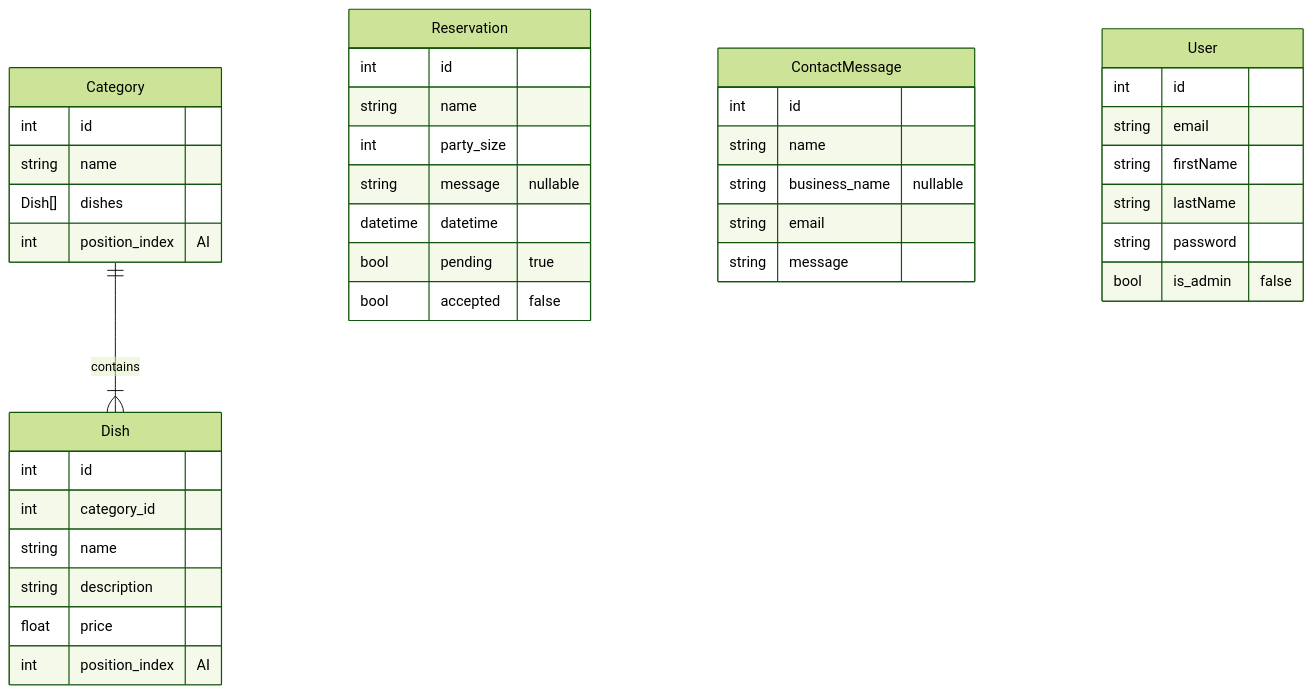
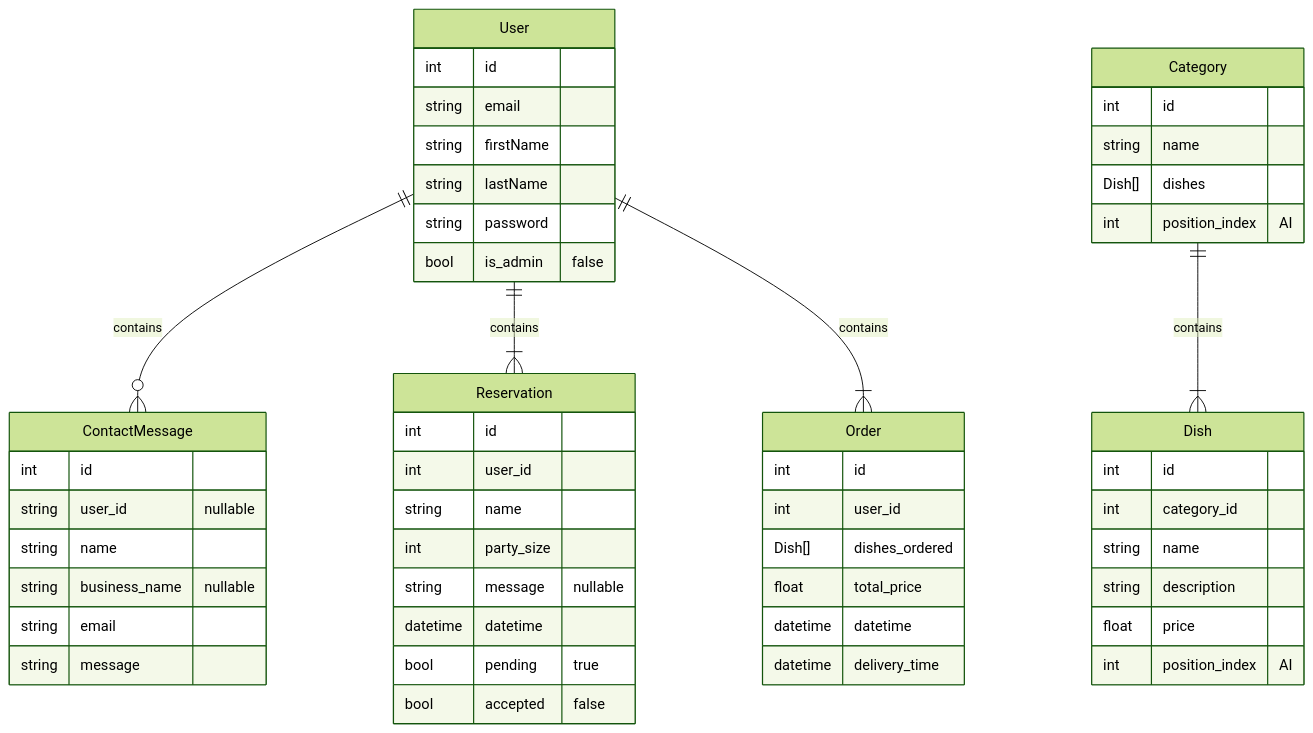
Before and after one commit to Rutger505/cafe-pronk-backend: the diagram in docs/sdd.md, drawn with Mermaid (forest theme). The commit also changed other lines of this file, not shown here.

Commit message:
Draw some idea's. User has reservations and orders and possibly contact message, user can see their name,email, if their admin and change their name, email, password. Users can see their orders, reservations, contact messages. User can delete own account.

````diff
--- a/docs/sdd.md
+++ b/docs/sdd.md
@@ -7,47 +7,62 @@
 ```mermaid
 erDiagram
-    Dish {
+    User {
         int id
-        int category_id
+        string email
+        string firstName
+        string lastName
+        string password
+        bool is_admin "false"
+    }
+    
+    User ||--o{ ContactMessage: contains
+    User ||--|{ Reservation: contains
+    User ||--|{ Order: contains
+
+    ContactMessage {
+        int id
+        string user_id "nullable"
         string name
-        string description
-        float price
-        int position_index "AI"
+        string business_name "nullable"
+        string email
+        string message
+    }
+
+    Reservation {
+        int id
+        int user_id 
+        string name
+        int party_size
+        string message "nullable"
+        datetime datetime
+        bool pending "true"
+        bool accepted "false"
+    }
+    
+    Order {
+        int id
+        int user_id
+        Dish[] dishes_ordered
+        float total_price
+        datetime datetime
+        datetime delivery_time
     }
 
     Category {
         int id
         string name
         Dish[] dishes
         int position_index "AI"
     }
 
     Category ||--|{ Dish: contains
-
-    Reservation {
+ 
+    Dish {
         int id
+        int category_id
         string name
-        int party_size
-        string message "nullable"
-        datetime datetime
-        bool pending "true"
-        bool accepted "false"
-    }
-
-    ContactMessage {
-        int id
-        string name
-        string business_name "nullable"
-        string email
-        string message
-    }
-
-    User {
-        int id
-        string email
-        string firstName
-        string lastName
-        string password
-        bool is_admin "false"
+        string description
+        float price
+        int position_index "AI"
     }
 ```
````
